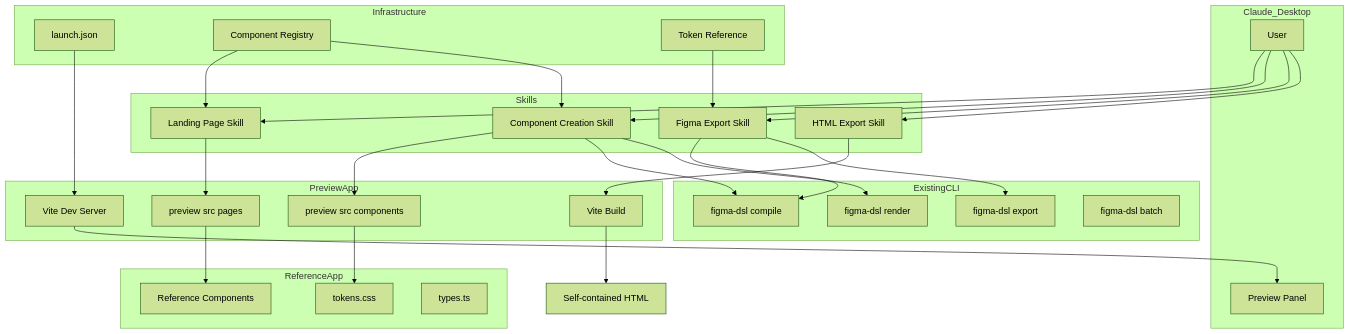
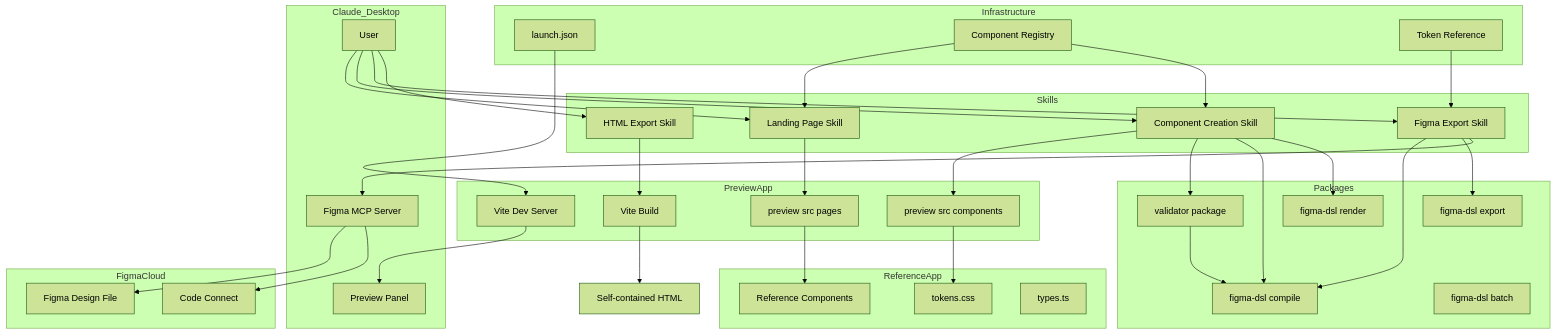
One commit to TETRA2000/figma-component-dsl changed the first of 5 diagrams in .kiro/specs/claude-desktop-interactive-workflow/design.md. Above: the diagram before and after it, drawn with Mermaid (forest theme). The commit also changed other lines of this file and 2 other files, not shown here.

First line of the commit message:
Redesign: add validator package, Figma MCP auto-publish, validation loop

````diff
--- a/.kiro/specs/claude-desktop-interactive-workflow/design.md
+++ b/.kiro/specs/claude-desktop-interactive-workflow/design.md
@@ -33,64 +36,78 @@
 ```mermaid
 graph TB
     subgraph Claude_Desktop
         User[User]
         Preview[Preview Panel]
+        FigmaMCP[Figma MCP Server]
     end
 
     subgraph Skills
         LandingSkill[Landing Page Skill]
         ComponentSkill[Component Creation Skill]
         FigmaSkill[Figma Export Skill]
         HTMLSkill[HTML Export Skill]
     end
 
     subgraph Infrastructure
         LaunchJSON[launch.json]
         Registry[Component Registry]
         TokenRef[Token Reference]
     end
 
     subgraph PreviewApp
         ViteDev[Vite Dev Server]
         SrcPages[preview src pages]
         SrcComponents[preview src components]
         ViteBuild[Vite Build]
     end
 
-    subgraph ExistingCLI
+    subgraph Packages
+        Validator[validator package]
         Compile[figma-dsl compile]
         Render[figma-dsl render]
         Export[figma-dsl export]
         Batch[figma-dsl batch]
     end
 
     subgraph ReferenceApp
         RefComponents[Reference Components]
         TokensCSS[tokens.css]
         TypesTS[types.ts]
     end
 
+    subgraph FigmaCloud
+        FigmaFile[Figma Design File]
+        CodeConnect[Code Connect]
+    end
+
     User --> LandingSkill
     User --> ComponentSkill
     User --> FigmaSkill
     User --> HTMLSkill
 
     LandingSkill --> SrcPages
     ComponentSkill --> SrcComponents
+    ComponentSkill --> Validator
     FigmaSkill --> Compile
     FigmaSkill --> Export
+    FigmaSkill --> FigmaMCP
     HTMLSkill --> ViteBuild
 
     ComponentSkill --> Compile
     ComponentSkill --> Render
 
     LaunchJSON --> ViteDev
     ViteDev --> Preview
     ViteBuild --> HTMLOutput[Self-contained HTML]
 
+    FigmaMCP --> FigmaFile
+    FigmaMCP --> CodeConnect
+
     SrcPages --> RefComponents
     SrcComponents --> TokensCSS
     Registry --> LandingSkill
     Registry --> ComponentSkill
     TokenRef --> FigmaSkill
+
+    Validator --> Compile
 ```
````
